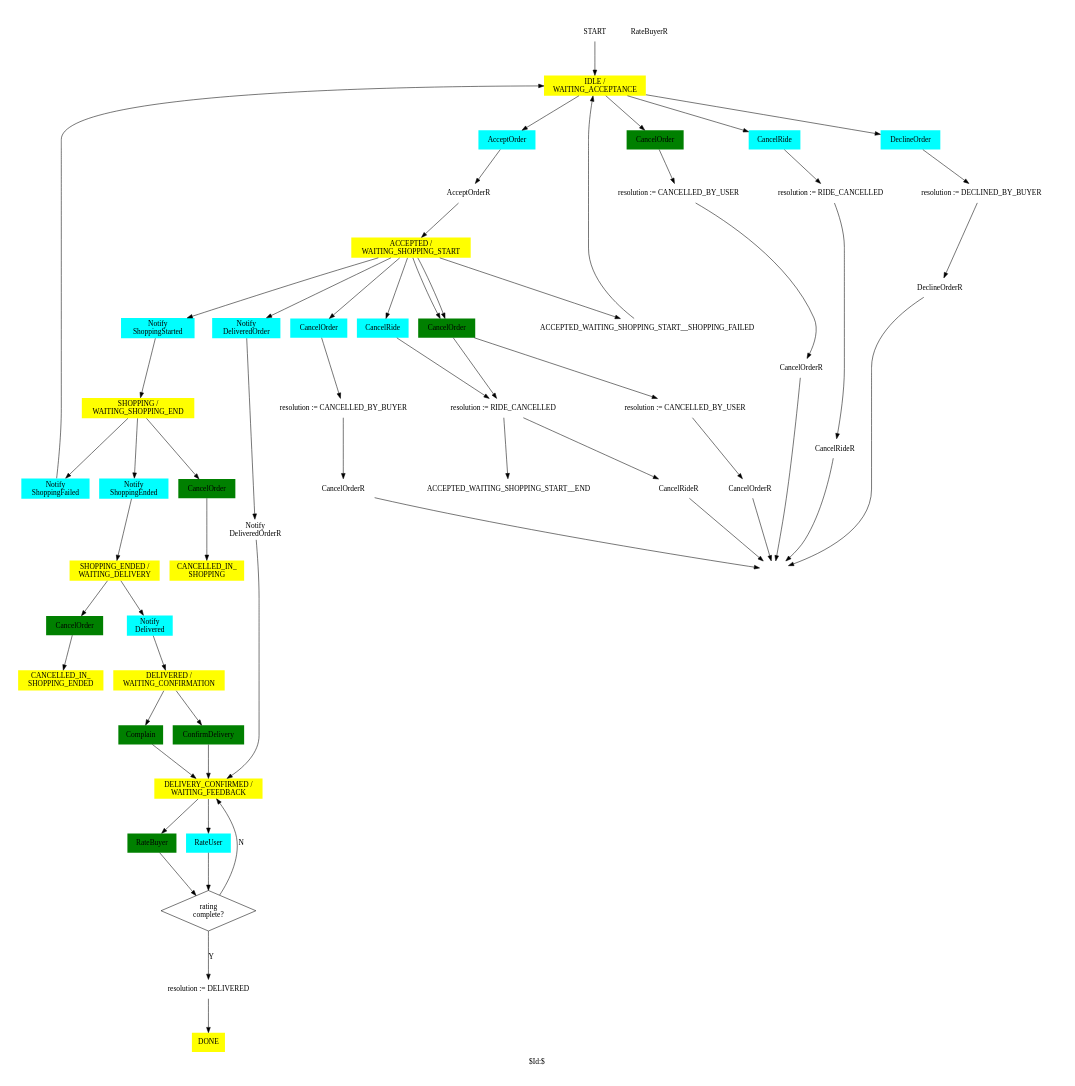
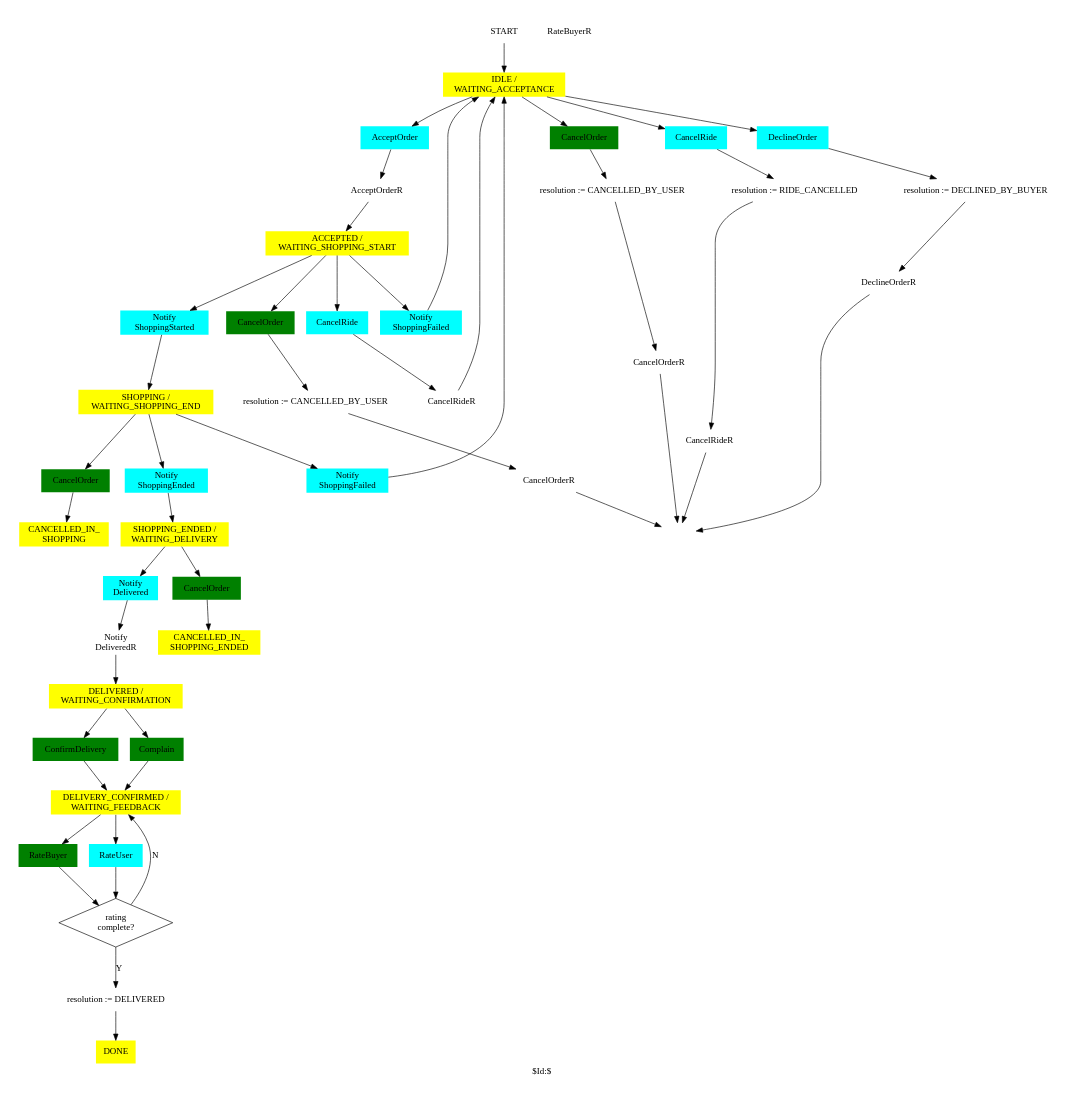
Before and after one commit to trodevel/lieferbay_protocol: the diagram in docs/Order.gv, drawn with Graphviz.

Commit message:
DOC: intermediate results

```diff
--- a/docs/Order.gv
+++ b/docs/Order.gv
@@ -1,129 +1,126 @@
 # Order FSM.
 #
 # Copyright (C) 2019 Sergey Kolevatov
 #
 # This program is free software: you can redistribute it and/or modify
 # it under the terms of the GNU General Public License as published by
 # the Free Software Foundation, either version 3 of the License, or
 # (at your option) any later version.
 #
 # This program is distributed in the hope that it will be useful,
 # but WITHOUT ANY WARRANTY; without even the implied warranty of
 # MERCHANTABILITY or FITNESS FOR A PARTICULAR PURPOSE. See the
 # GNU General Public License for more details.
 #
 # You should have received a copy of the GNU General Public License
 # along with this program. If not, see <http://www.gnu.org/licenses/>.
 #
 # SKV 19a31
 #
 # $Id:$
 #
 # execute: FL=Order; dot -l sdl.ps -Tps $FL.gv -o $FL.ps; ps2pdf $FL.ps $FL.pdf
 
 digraph Order
 {
 
 label="$Id:$";
 
 size="7,7";
 ratio=fill;
 splines=true;
 node [peripheries=0 style=filled fillcolor=white]
 
 ######################################################
 # states
 
 START                           [ shape = sdl_start ]
 WAITING_ACCEPTANCE              [ label = "IDLE /\nWAITING_ACCEPTANCE"            shape = sdl_state fillcolor=yellow ]
 ACCEPTED_WAITING_SHOPPING_START [ label = "ACCEPTED /\nWAITING_SHOPPING_START"    shape = sdl_state fillcolor=yellow ]
 SHOPPING_WAITING_SHOPPING_END   [ label = "SHOPPING /\nWAITING_SHOPPING_END"      shape = sdl_state fillcolor=yellow ]
 CANCELLED_IN_SHOPPING           [ label = "CANCELLED_IN_\nSHOPPING"               shape = sdl_state fillcolor=yellow ]
 SHOPPING_ENDED_WAITING_DELIVERY [ label = "SHOPPING_ENDED /\nWAITING_DELIVERY"    shape = sdl_state fillcolor=yellow ]
 CANCELLED_IN_SHOPPING_ENDED     [ label = "CANCELLED_IN_\nSHOPPING_ENDED"         shape = sdl_state fillcolor=yellow ]
 DELIVERED_WAITING_CONFIRMATION  [ label = "DELIVERED /\nWAITING_CONFIRMATION"     shape = sdl_state fillcolor=yellow ]
 DELIVERY_CONFIRMED_WAITING_FEEDBACK      [ label = "DELIVERY_CONFIRMED /\nWAITING_FEEDBACK"         shape = sdl_state fillcolor=yellow ]
 END                             [ label = ""                              shape = sdl_stop  style=solid ]
 DONE                            [ label = "DONE"                                  shape = sdl_state fillcolor=yellow ]
 
 ######################################################
 # actions
 
 WAITING_ACCEPTANCE__ACCEPT_ORDER            [ label="AcceptOrder"                       shape = sdl_input_from_right fillcolor=cyan ]
 WAITING_ACCEPTANCE__SEND_ACCEPT_ORDER       [ label="AcceptOrderR"                      shape = sdl_output_to_right ]
 WAITING_ACCEPTANCE__DECLINE_ORDER           [ label="DeclineOrder"                      shape = sdl_input_from_right fillcolor=cyan ]
 WAITING_ACCEPTANCE__SEND_DECLINE_ORDER      [ label="DeclineOrderR"                     shape = sdl_output_to_right ]
 WAITING_ACCEPTANCE__CANCEL_ORDER            [ label="CancelOrder"                       shape = sdl_input_from_left  fillcolor=green ]
 WAITING_ACCEPTANCE__SEND_CANCEL_ORDER       [ label="CancelOrderR"                      shape = sdl_output_to_left ]
 WAITING_ACCEPTANCE__CANCEL_RIDE             [ label="CancelRide"                        shape = sdl_input_from_right fillcolor=cyan ]
 WAITING_ACCEPTANCE__SEND_CANCEL_RIDE        [ label="CancelRideR"                       shape = sdl_output_to_right ]
 WAITING_ACCEPTANCE__RESOL_1                 [ label="resolution := CANCELLED_BY_USER"   shape = sdl_task ]
 WAITING_ACCEPTANCE__RESOL_2                 [ label="resolution := DECLINED_BY_BUYER" shape = sdl_task ]
 WAITING_ACCEPTANCE__RESOL_3                 [ label="resolution := RIDE_CANCELLED"      shape = sdl_task ]
 
 ACCEPTED_WAITING_SHOPPING_START__SHOPPING_STARTED [ label="Notify\nShoppingStarted"           shape = sdl_input_from_right fillcolor=cyan ]
-ACCEPTED_WAITING_SHOPPING_START__DELIVERED        [ label="Notify\nDeliveredOrder"            shape = sdl_input_from_right fillcolor=cyan ]
-ACCEPTED_WAITING_SHOPPING_START__SEND_DELIVERED   [ label="Notify\nDeliveredOrderR"           shape = sdl_output_to_right ]
+ACCEPTED_WAITING_SHOPPING_START__SHOPPING_FAILED  [ label="Notify\nShoppingFailed"            shape = sdl_input_from_right fillcolor=cyan ]
 ACCEPTED_WAITING_SHOPPING_START__CANCEL_RIDE      [ label="CancelRide"                        shape = sdl_input_from_right fillcolor=cyan ]
 ACCEPTED_WAITING_SHOPPING_START__SEND_CANCEL_RIDE [ label="CancelRideR"                       shape = sdl_output_to_right ]
 ACCEPTED_WAITING_SHOPPING_START__CANCEL_ORDER     [ label="CancelOrder"                       shape = sdl_input_from_left  fillcolor=green ]
 ACCEPTED_WAITING_SHOPPING_START__SEND_CANCEL_ORDER    [ label="CancelOrderR"                  shape = sdl_output_to_left ]
-ACCEPTED_WAITING_SHOPPING_START__CANCEL_ORDER_2   [ label="CancelOrder"                       shape = sdl_input_from_right fillcolor=cyan ]
-ACCEPTED_WAITING_SHOPPING_START__SEND_CANCEL_ORDER_2  [ label="CancelOrderR"                  shape = sdl_output_to_right ]
-ACCEPTED_WAITING_SHOPPING_START__RESOL_1          [ label="resolution := RIDE_CANCELLED"      shape = sdl_task ]
+#ACCEPTED_WAITING_SHOPPING_START__CANCEL_ORDER_2   [ label="CancelOrder"                       shape = sdl_input_from_right fillcolor=cyan ]
+#ACCEPTED_WAITING_SHOPPING_START__SEND_CANCEL_ORDER_2  [ label="CancelOrderR"                  shape = sdl_output_to_right ]
+#ACCEPTED_WAITING_SHOPPING_START__RESOL_1          [ label="resolution := RIDE_CANCELLED"      shape = sdl_task ]
 ACCEPTED_WAITING_SHOPPING_START__RESOL_2          [ label="resolution := CANCELLED_BY_USER"   shape = sdl_task ]
-ACCEPTED_WAITING_SHOPPING_START__RESOL_3          [ label="resolution := CANCELLED_BY_BUYER" shape = sdl_task ]
+#ACCEPTED_WAITING_SHOPPING_START__RESOL_3          [ label="resolution := CANCELLED_BY_BUYER" shape = sdl_task ]
 
 
 SHOPPING_WAITING_SHOPPING_END__SHOPPING_ENDED     [ label="Notify\nShoppingEnded"             shape = sdl_input_from_right fillcolor=cyan ]
 SHOPPING_WAITING_SHOPPING_END__SHOPPING_FAILED    [ label="Notify\nShoppingFailed"            shape = sdl_input_from_right fillcolor=cyan ]
 SHOPPING_WAITING_SHOPPING_END__CANCEL_ORDER       [ label="CancelOrder"                       shape = sdl_input_from_left  fillcolor=green ]
 
 SHOPPING_ENDED_WAITING_DELIVERY__DELIVERED        [ label="Notify\nDelivered"                 shape = sdl_input_from_right fillcolor=cyan ]
 SHOPPING_ENDED_WAITING_DELIVERY__CANCEL_ORDER     [ label="CancelOrder"                       shape = sdl_input_from_left  fillcolor=green ]
+SHOPPING_ENDED_WAITING_DELIVERY__SEND_DELIVERED   [ label="Notify\nDeliveredR"                shape = sdl_output_to_right ]
 
 DELIVERED_WAITING_CONFIRMATION__CONFIRM           [ label="ConfirmDelivery"                   shape = sdl_input_from_left  fillcolor=green ]
 DELIVERED_WAITING_CONFIRMATION__COMPLAIN          [ label="Complain"                          shape = sdl_input_from_left  fillcolor=green ]
 
 DELIVERY_CONFIRMED_WAITING_FEEDBACK__RATE_BUYER    [ label="RateBuyer"                        shape = sdl_input_from_left  fillcolor=green ]
 DELIVERY_CONFIRMED_WAITING_FEEDBACK__SEND_RATE_BUYER    [ label="RateBuyerR"                  shape = sdl_output_to_left ]
 DELIVERY_CONFIRMED_WAITING_FEEDBACK__RATE_USER     [ label="RateUser"                         shape = sdl_input_from_right fillcolor=cyan ]
 DELIVERY_CONFIRMED_WAITING_FEEDBACK__RATING_COMPLETE [ label="rating\ncomplete?"              shape = diamond peripheries=1]
 DELIVERY_CONFIRMED_WAITING_FEEDBACK__RESOL_1         [ label="resolution := DELIVERED"        shape = sdl_task ]
 
 ######################################################
 # transitions
 
 START -> WAITING_ACCEPTANCE
 
 WAITING_ACCEPTANCE -> WAITING_ACCEPTANCE__ACCEPT_ORDER   -> WAITING_ACCEPTANCE__SEND_ACCEPT_ORDER -> ACCEPTED_WAITING_SHOPPING_START
 WAITING_ACCEPTANCE -> WAITING_ACCEPTANCE__CANCEL_ORDER   -> WAITING_ACCEPTANCE__RESOL_1 -> WAITING_ACCEPTANCE__SEND_CANCEL_ORDER  -> END
 WAITING_ACCEPTANCE -> WAITING_ACCEPTANCE__DECLINE_ORDER  -> WAITING_ACCEPTANCE__RESOL_2 -> WAITING_ACCEPTANCE__SEND_DECLINE_ORDER -> END
 WAITING_ACCEPTANCE -> WAITING_ACCEPTANCE__CANCEL_RIDE    -> WAITING_ACCEPTANCE__RESOL_3 -> WAITING_ACCEPTANCE__SEND_CANCEL_RIDE   -> END
 
-ACCEPTED_WAITING_SHOPPING_START -> ACCEPTED_WAITING_SHOPPING_START__DELIVERED      -> ACCEPTED_WAITING_SHOPPING_START__SEND_DELIVERED -> DELIVERY_CONFIRMED_WAITING_FEEDBACK
-ACCEPTED_WAITING_SHOPPING_START -> ACCEPTED_WAITING_SHOPPING_START__CANCEL_RIDE    -> ACCEPTED_WAITING_SHOPPING_START__RESOL_1 -> ACCEPTED_WAITING_SHOPPING_START__SEND_CANCEL_RIDE    -> END
+ACCEPTED_WAITING_SHOPPING_START -> ACCEPTED_WAITING_SHOPPING_START__CANCEL_RIDE    -> ACCEPTED_WAITING_SHOPPING_START__SEND_CANCEL_RIDE    -> WAITING_ACCEPTANCE
 ACCEPTED_WAITING_SHOPPING_START -> ACCEPTED_WAITING_SHOPPING_START__CANCEL_ORDER   -> ACCEPTED_WAITING_SHOPPING_START__RESOL_2 -> ACCEPTED_WAITING_SHOPPING_START__SEND_CANCEL_ORDER   -> END
-ACCEPTED_WAITING_SHOPPING_START -> ACCEPTED_WAITING_SHOPPING_START__CANCEL_ORDER_2 -> ACCEPTED_WAITING_SHOPPING_START__RESOL_3 -> ACCEPTED_WAITING_SHOPPING_START__SEND_CANCEL_ORDER_2 -> END
 
 ACCEPTED_WAITING_SHOPPING_START -> ACCEPTED_WAITING_SHOPPING_START__SHOPPING_STARTED -> SHOPPING_WAITING_SHOPPING_END
-ACCEPTED_WAITING_SHOPPING_START -> ACCEPTED_WAITING_SHOPPING_START__CANCEL_ORDER     -> ACCEPTED_WAITING_SHOPPING_START__RESOL_1 -> ACCEPTED_WAITING_SHOPPING_START__END
 ACCEPTED_WAITING_SHOPPING_START -> ACCEPTED_WAITING_SHOPPING_START__SHOPPING_FAILED      -> WAITING_ACCEPTANCE
 
 SHOPPING_WAITING_SHOPPING_END -> SHOPPING_WAITING_SHOPPING_END__SHOPPING_ENDED  -> SHOPPING_ENDED_WAITING_DELIVERY
 SHOPPING_WAITING_SHOPPING_END -> SHOPPING_WAITING_SHOPPING_END__SHOPPING_FAILED -> WAITING_ACCEPTANCE
 SHOPPING_WAITING_SHOPPING_END -> SHOPPING_WAITING_SHOPPING_END__CANCEL_ORDER    -> CANCELLED_IN_SHOPPING
 
-SHOPPING_ENDED_WAITING_DELIVERY -> SHOPPING_ENDED_WAITING_DELIVERY__DELIVERED      -> DELIVERED_WAITING_CONFIRMATION
+SHOPPING_ENDED_WAITING_DELIVERY -> SHOPPING_ENDED_WAITING_DELIVERY__DELIVERED      -> SHOPPING_ENDED_WAITING_DELIVERY__SEND_DELIVERED -> DELIVERED_WAITING_CONFIRMATION
 SHOPPING_ENDED_WAITING_DELIVERY -> SHOPPING_ENDED_WAITING_DELIVERY__CANCEL_ORDER   -> CANCELLED_IN_SHOPPING_ENDED
 
 DELIVERED_WAITING_CONFIRMATION -> DELIVERED_WAITING_CONFIRMATION__CONFIRM  -> DELIVERY_CONFIRMED_WAITING_FEEDBACK
 DELIVERED_WAITING_CONFIRMATION -> DELIVERED_WAITING_CONFIRMATION__COMPLAIN -> DELIVERY_CONFIRMED_WAITING_FEEDBACK
 
 DELIVERY_CONFIRMED_WAITING_FEEDBACK -> DELIVERY_CONFIRMED_WAITING_FEEDBACK__RATE_BUYER -> DELIVERY_CONFIRMED_WAITING_FEEDBACK__RATING_COMPLETE
 DELIVERY_CONFIRMED_WAITING_FEEDBACK -> DELIVERY_CONFIRMED_WAITING_FEEDBACK__RATE_USER  -> DELIVERY_CONFIRMED_WAITING_FEEDBACK__RATING_COMPLETE
                                                                                           DELIVERY_CONFIRMED_WAITING_FEEDBACK__RATING_COMPLETE -> DELIVERY_CONFIRMED_WAITING_FEEDBACK__RESOL_1 [ label="Y" ]
                                                                                                                                                   DELIVERY_CONFIRMED_WAITING_FEEDBACK__RESOL_1 -> DONE
                                                                                           DELIVERY_CONFIRMED_WAITING_FEEDBACK__RATING_COMPLETE -> DELIVERY_CONFIRMED_WAITING_FEEDBACK          [ label="N" ]
 
 }
```
